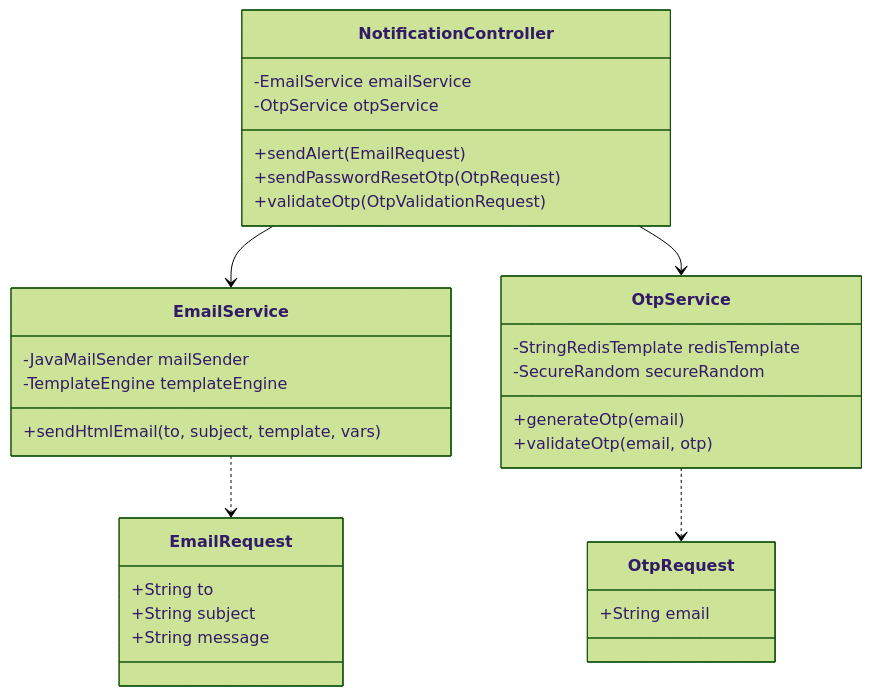
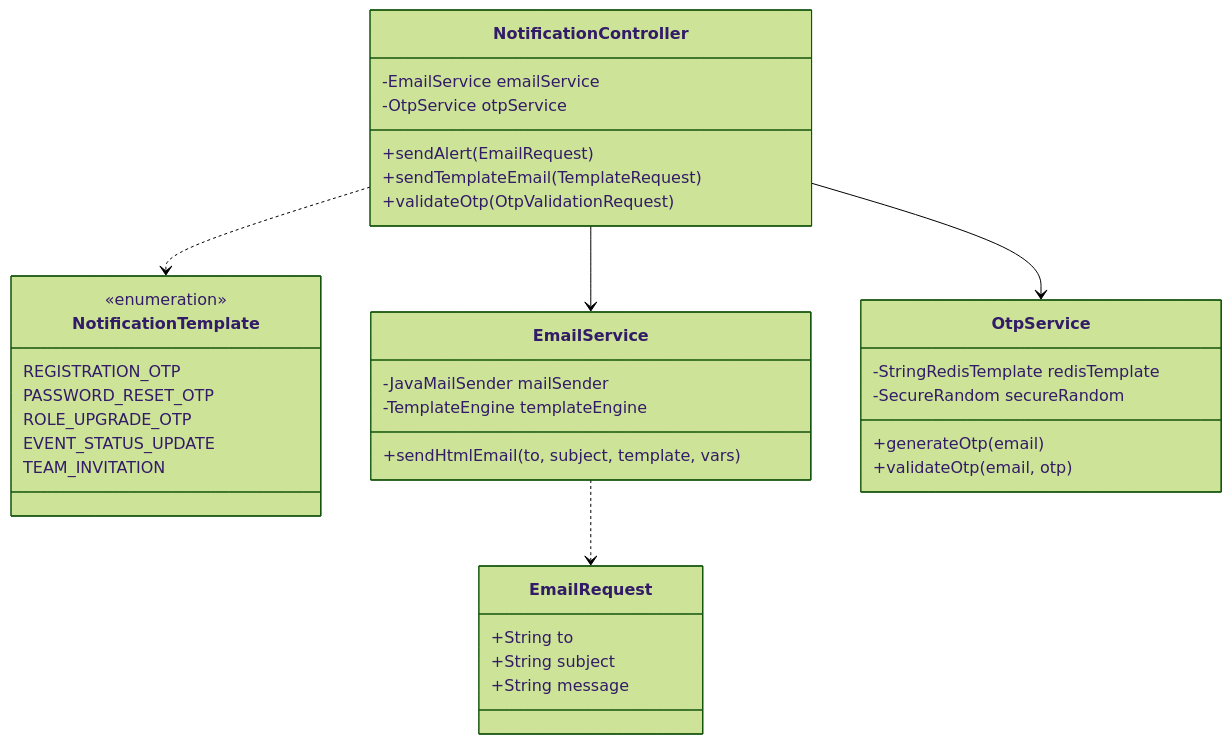
One commit to ulthimanju/EHUB changed the diagram in uml/notification-class-diagram.mermaid. Above: the diagram before and after it, drawn with Mermaid (forest theme). The commit also changed 32 other files, not shown here.

First line of the commit message:
Refactor backend for maintainability and update UML diagrams

```diff
--- a/uml/notification-class-diagram.mermaid
+++ b/uml/notification-class-diagram.mermaid
@@ -1,36 +1,41 @@
 classDiagram
     class NotificationController {
         -EmailService emailService
         -OtpService otpService
         +sendAlert(EmailRequest)
-        +sendPasswordResetOtp(OtpRequest)
+        +sendTemplateEmail(TemplateRequest)
         +validateOtp(OtpValidationRequest)
+    }
+
+    class NotificationTemplate {
+        <<enumeration>>
+        REGISTRATION_OTP
+        PASSWORD_RESET_OTP
+        ROLE_UPGRADE_OTP
+        EVENT_STATUS_UPDATE
+        TEAM_INVITATION
     }
 
     class EmailService {
         -JavaMailSender mailSender
         -TemplateEngine templateEngine
         +sendHtmlEmail(to, subject, template, vars)
     }
 
     class OtpService {
         -StringRedisTemplate redisTemplate
         -SecureRandom secureRandom
         +generateOtp(email)
         +validateOtp(email, otp)
     }
 
     class EmailRequest {
         +String to
         +String subject
         +String message
     }
 
-    class OtpRequest {
-        +String email
-    }
-
     NotificationController --> EmailService
     NotificationController --> OtpService
+    NotificationController ..> NotificationTemplate
     EmailService ..> EmailRequest
-    OtpService ..> OtpRequest
```
